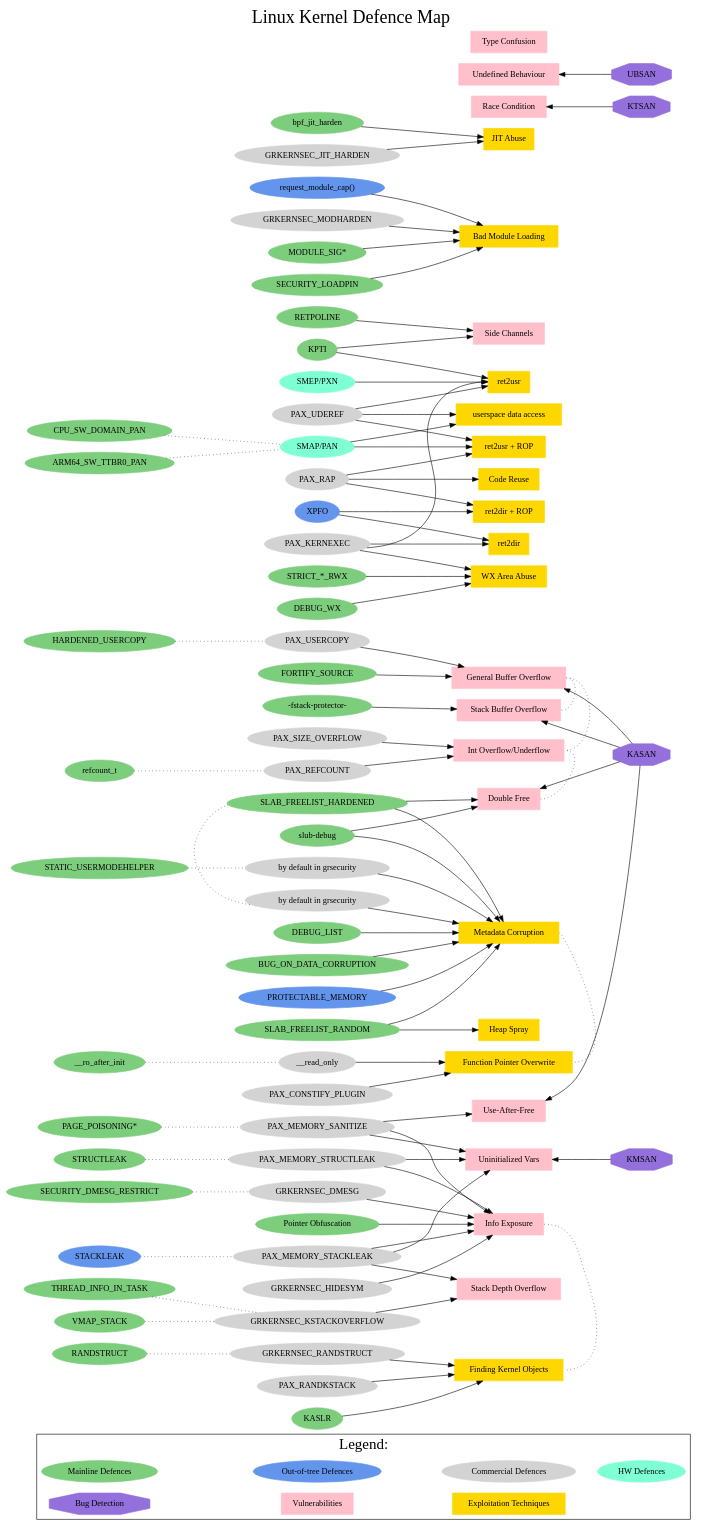
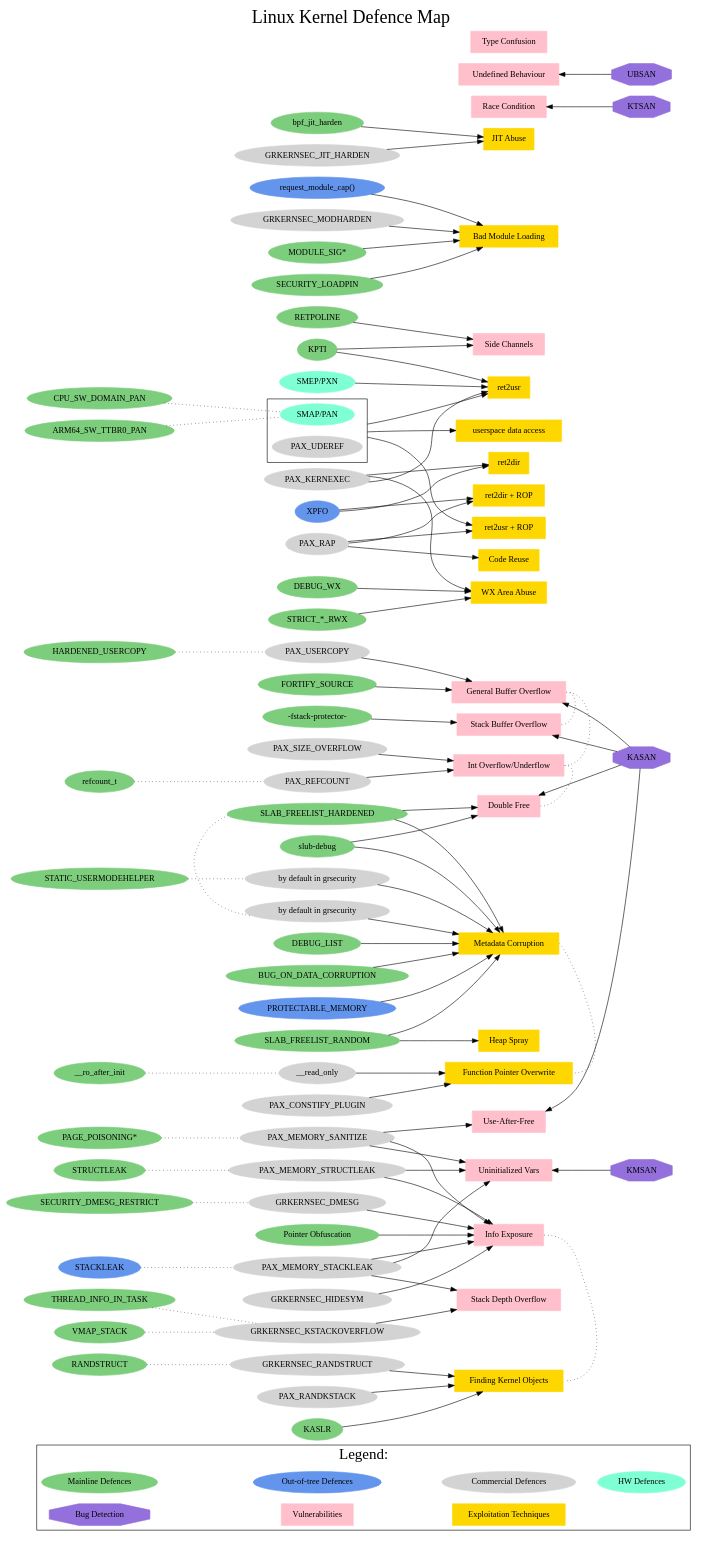
Before and after one commit to a13xp0p0v/linux-kernel-defence-map: the diagram in linux-kernel-defence-map.dot, drawn with Graphviz.

Commit message:
Create smap_pan_uderef cluster

```diff
--- a/linux-kernel-defence-map.dot
+++ b/linux-kernel-defence-map.dot
@@ -34,6 +34,7 @@
   labelloc=top;
   fontsize=30;
   label="Linux Kernel Defence Map";
+  compound=true;
 
   rankdir=LR;
   node [style=filled];
@@ -93,7 +94,6 @@
     "PAX_SIZE_OVERFLOW";
     "PAX_USERCOPY";
     "PAX_MEMORY_SANITIZE";
-    "PAX_UDEREF";
     "PAX_KERNEXEC";
     "GRKERNSEC_HIDESYM";
     "GRKERNSEC_RANDSTRUCT";
@@ -111,8 +111,13 @@
 
     // HW Defences
     node [shape=oval, color=aquamarine];
-    "SMAP/PAN";
     "SMEP/PXN";
+  }
+
+  subgraph cluster_smap_pan_uderef {
+    label="";
+    "SMAP/PAN" [shape=oval, color=aquamarine];
+    "PAX_UDEREF" [shape=oval, color=lightgrey];
   }
 
   // Defences: child nodes and relations
@@ -269,15 +274,13 @@
   "PAX_RAP" -> "Code Reuse";
 
   "PAX_KERNEXEC" -> "ret2usr";
-  "PAX_UDEREF" -> "ret2usr";
   "KPTI" -> "ret2usr";
   "SMEP/PXN" -> "ret2usr";
+  "SMAP/PAN":se -> "ret2usr" [ltail=cluster_smap_pan_uderef];
 
-  "PAX_UDEREF" -> "userspace data access";
-  "SMAP/PAN" -> "userspace data access";
+  "PAX_UDEREF":ne -> "userspace data access" [ltail=cluster_smap_pan_uderef];
 
-  "PAX_UDEREF" -> "ret2usr + ROP";
-  "SMAP/PAN" -> "ret2usr + ROP";
+  "PAX_UDEREF":ne -> "ret2usr + ROP" [ltail=cluster_smap_pan_uderef, weight=4];
   "PAX_RAP" -> "ret2usr + ROP";
 
   "PAX_KERNEXEC" -> "ret2dir";
```
